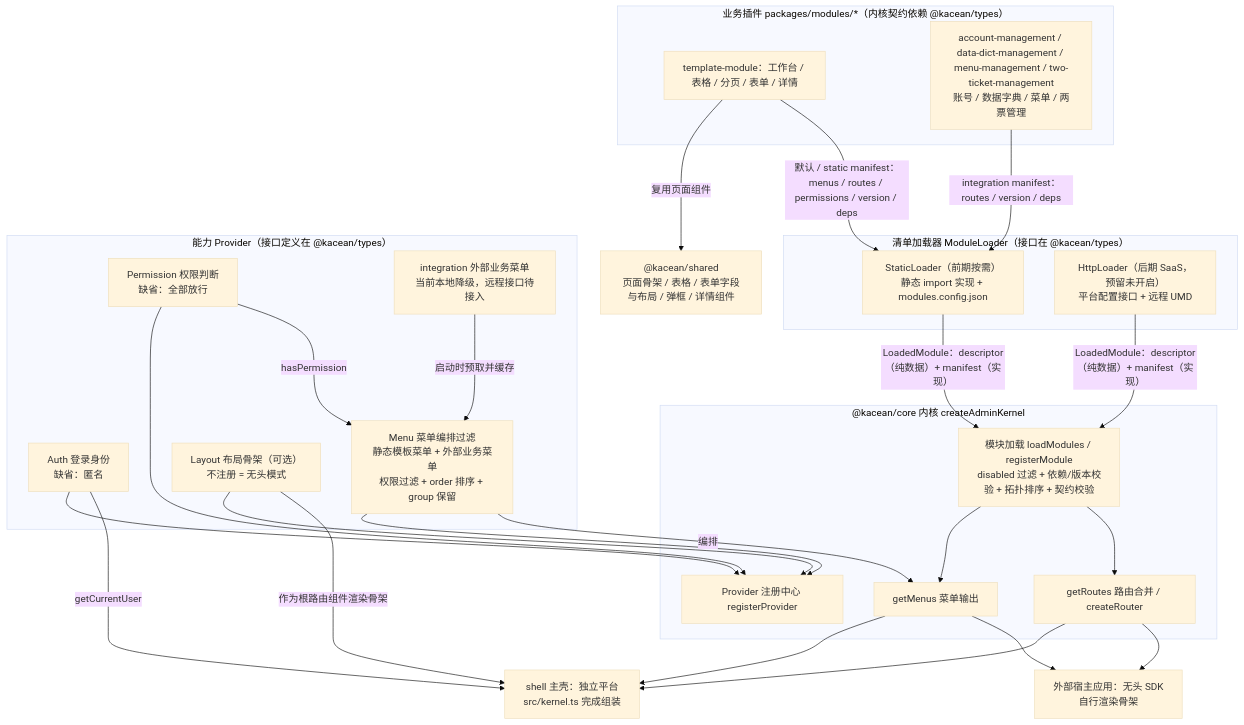
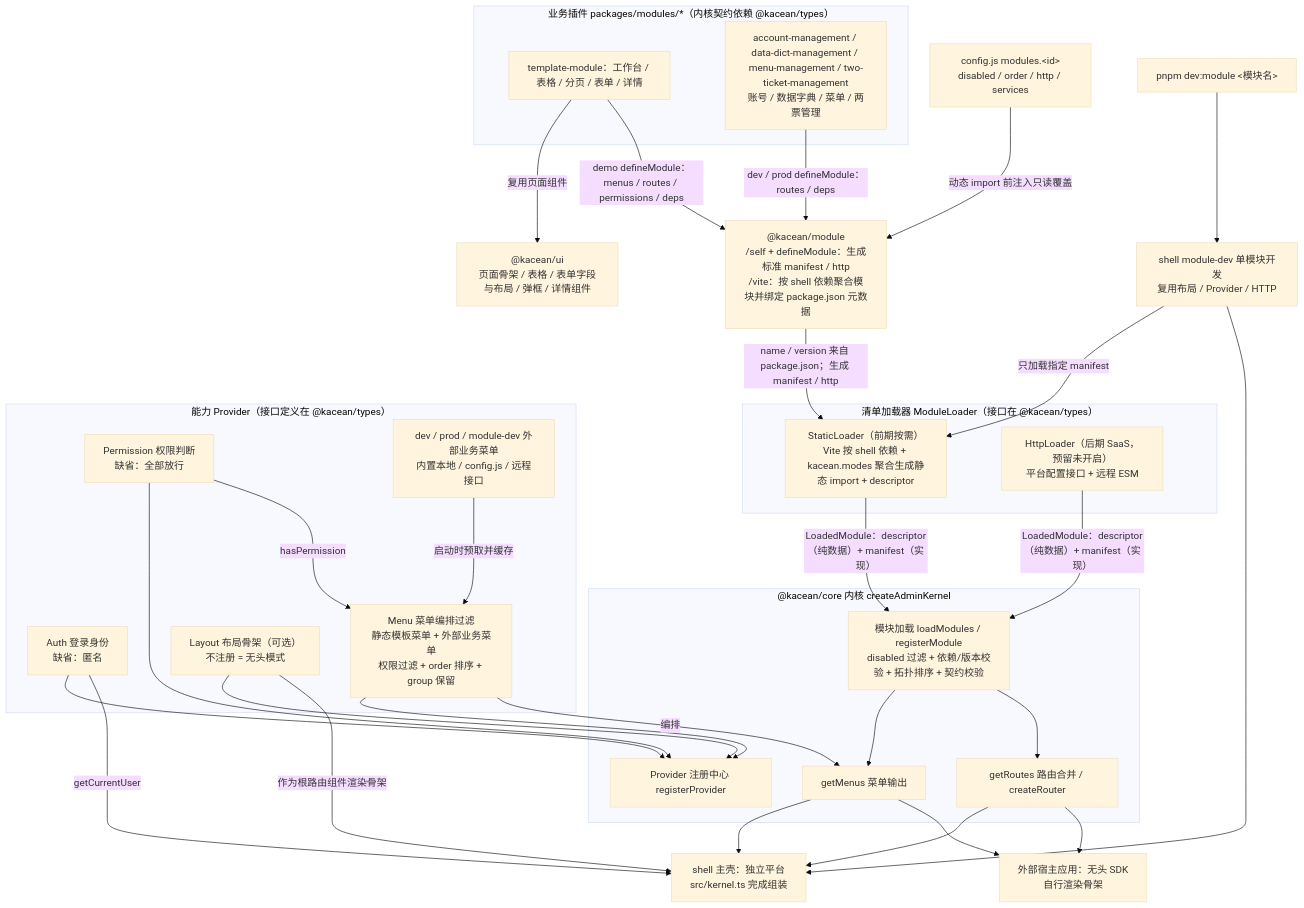
Before and after one commit to HirongVSuen/kacean-admin: the first of 2 diagrams in README.md, drawn with Mermaid (base theme). The commit also changed other lines of this file and 157 other files, not shown here.

````diff
--- a/README.md
+++ b/README.md
@@ -59,46 +60,55 @@
 ```mermaid
 flowchart TD
     subgraph Modules["业务插件 packages/modules/*（内核契约依赖 @kacean/types）"]
         M2["template-module：工作台 / 表格 / 分页 / 表单 / 详情"]
         M3["account-management / data-dict-management / menu-management / two-ticket-management<br/>账号 / 数据字典 / 菜单 / 两票管理"]
     end
 
-    SharedUI["@kacean/shared<br/>页面骨架 / 表格 / 表单字段与布局 / 弹框 / 详情组件"]
+    SharedUI["@kacean/ui<br/>页面骨架 / 表格 / 表单字段与布局 / 弹框 / 详情组件"]
+    ModuleAccess["@kacean/module<br/>/self + defineModule：生成标准 manifest / http<br/>/vite：按 shell 依赖聚合模块并绑定 package.json 元数据"]
+    RuntimeConfig["config.js modules.&lt;id&gt;<br/>disabled / order / http / services"]
 
     subgraph Loaders["清单加载器 ModuleLoader（接口在 @kacean/types）"]
-        StaticL["StaticLoader（前期按需）<br/>静态 import 实现 + modules.config.json"]
-        HttpL["HttpLoader（后期 SaaS，预留未开启）<br/>平台配置接口 + 远程 UMD"]
+        StaticL["StaticLoader（前期按需）<br/>Vite 按 shell 依赖 + kacean.modes 聚合生成静态 import + descriptor"]
+        HttpL["HttpLoader（后期 SaaS，预留未开启）<br/>平台配置接口 + 远程 ESM"]
     end
 
     subgraph Core["@kacean/core 内核 createAdminKernel"]
         Load["模块加载 loadModules / registerModule<br/>disabled 过滤 + 依赖/版本校验 + 拓扑排序 + 契约校验"]
         Registry["Provider 注册中心 registerProvider"]
         MenuOut["getMenus 菜单输出"]
         RouteOut["getRoutes 路由合并 / createRouter"]
     end
 
     subgraph Providers["能力 Provider（接口定义在 @kacean/types）"]
         Auth["Auth 登录身份<br/>缺省：匿名"]
         Permission["Permission 权限判断<br/>缺省：全部放行"]
         MenuP["Menu 菜单编排过滤<br/>静态模板菜单 + 外部业务菜单<br/>权限过滤 + order 排序 + group 保留"]
-        MenuSource["integration 外部业务菜单<br/>当前本地降级，远程接口待接入"]
+        MenuSource["dev / prod / module-dev 外部业务菜单<br/>内置本地 / config.js / 远程接口"]
         Layout["Layout 布局骨架（可选）<br/>不注册 = 无头模式"]
     end
 
     Shell["shell 主壳：独立平台<br/>src/kernel.ts 完成组装"]
     Host["外部宿主应用：无头 SDK<br/>自行渲染骨架"]
+    DevCommand["pnpm dev:module &lt;模块名&gt;"]
+    DevMode["shell module-dev 单模块开发<br/>复用布局 / Provider / HTTP"]
 
     M2 -->|"复用页面组件"| SharedUI
-    M2 -->|"默认 / static manifest：menus / routes / permissions / version / deps"| StaticL
-    M3 -->|"integration manifest：routes / version / deps"| StaticL
+    M2 -->|"demo defineModule：menus / routes / permissions / deps"| ModuleAccess
+    M3 -->|"dev / prod defineModule：routes / deps"| ModuleAccess
+    RuntimeConfig -->|"动态 import 前注入只读覆盖"| ModuleAccess
+    ModuleAccess -->|"name / version 来自 package.json；生成 manifest / http"| StaticL
     StaticL & HttpL -->|"LoadedModule：descriptor（纯数据）+ manifest（实现）"| Load
     Auth & Permission & MenuP & Layout --> Registry
     Load --> MenuOut & RouteOut
     MenuSource -->|"启动时预取并缓存"| MenuP
     MenuP -->|"编排"| MenuOut
     Permission -->|"hasPermission"| MenuP
     Auth -->|"getCurrentUser"| Shell
     MenuOut & RouteOut --> Shell
     Layout -->|"作为根路由组件渲染骨架"| Shell
     MenuOut & RouteOut --> Host
+    DevCommand --> DevMode
+    DevMode -->|"只加载指定 manifest"| StaticL
+    DevMode --> Shell
 ```
````
